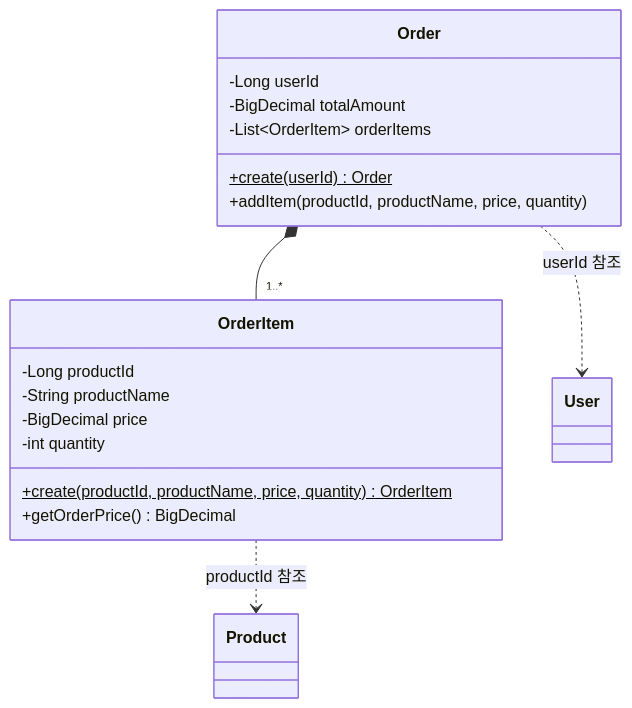
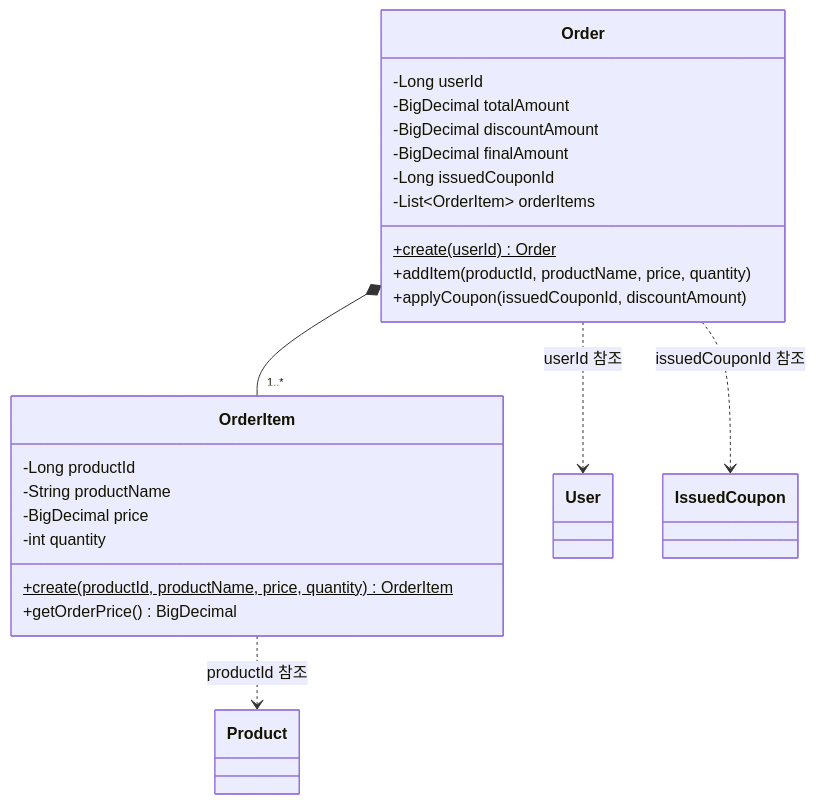
Before and after one commit to Loopers-dev-lab/loop-pack-be-l2-vol3-java: the diagram in docs/design/order/class-diagram.md, drawn with Mermaid. The commit also changed other lines of this file and 18 other files, not shown here.

````diff
--- a/docs/design/order/class-diagram.md
+++ b/docs/design/order/class-diagram.md
@@ -8,23 +8,28 @@
 ```mermaid
 classDiagram
     class Order {
         -Long userId
         -BigDecimal totalAmount
+        -BigDecimal discountAmount
+        -BigDecimal finalAmount
+        -Long issuedCouponId
         -List~OrderItem~ orderItems
         +create(userId)$ Order
         +addItem(productId, productName, price, quantity)
+        +applyCoupon(issuedCouponId, discountAmount)
     }
 
     class OrderItem {
         -Long productId
         -String productName
         -BigDecimal price
         -int quantity
         +create(productId, productName, price, quantity)$ OrderItem
         +getOrderPrice() BigDecimal
     }
 
     Order *-- "1..*" OrderItem
     OrderItem ..> Product : productId 참조
     Order ..> User : userId 참조
+    Order ..> IssuedCoupon : issuedCouponId 참조
 ```
````
